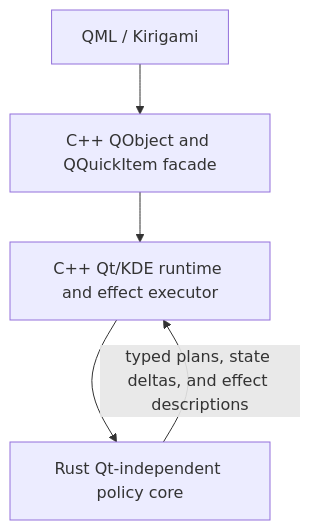
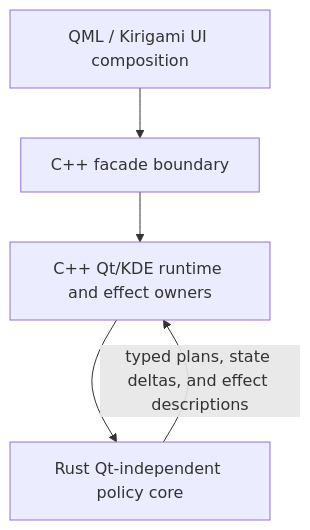
One commit to hnjae/KiriView changed the first of 2 diagrams in docs/architecture/overview.md. Above: the diagram before and after it, drawn with Mermaid. The commit also changed other lines of this file and 19 other files, not shown here.

Commit message:
docs(architecture): clarify documentation boundaries

````diff
--- a/docs/architecture/overview.md
+++ b/docs/architecture/overview.md
@@ -5,10 +5,10 @@
 ```mermaid
 flowchart TD
-    QML["QML / Kirigami"]
-    Facade["C++ QObject and QQuickItem facade"]
-    Runtime["C++ Qt/KDE runtime and effect executor"]
-    Rust["Rust Qt-independent policy core"]
+    UI["QML / Kirigami UI composition"]
+    Facade["C++ facade boundary"]
+    Runtime["C++ Qt/KDE runtime and effect owners"]
+    Policy["Rust Qt-independent policy core"]
 
-    QML --> Facade --> Runtime --> Rust
-    Rust -- "typed plans, state deltas, and effect descriptions" --> Runtime
+    UI --> Facade --> Runtime --> Policy
+    Policy -- "typed plans, state deltas, and effect descriptions" --> Runtime
 ```
````
